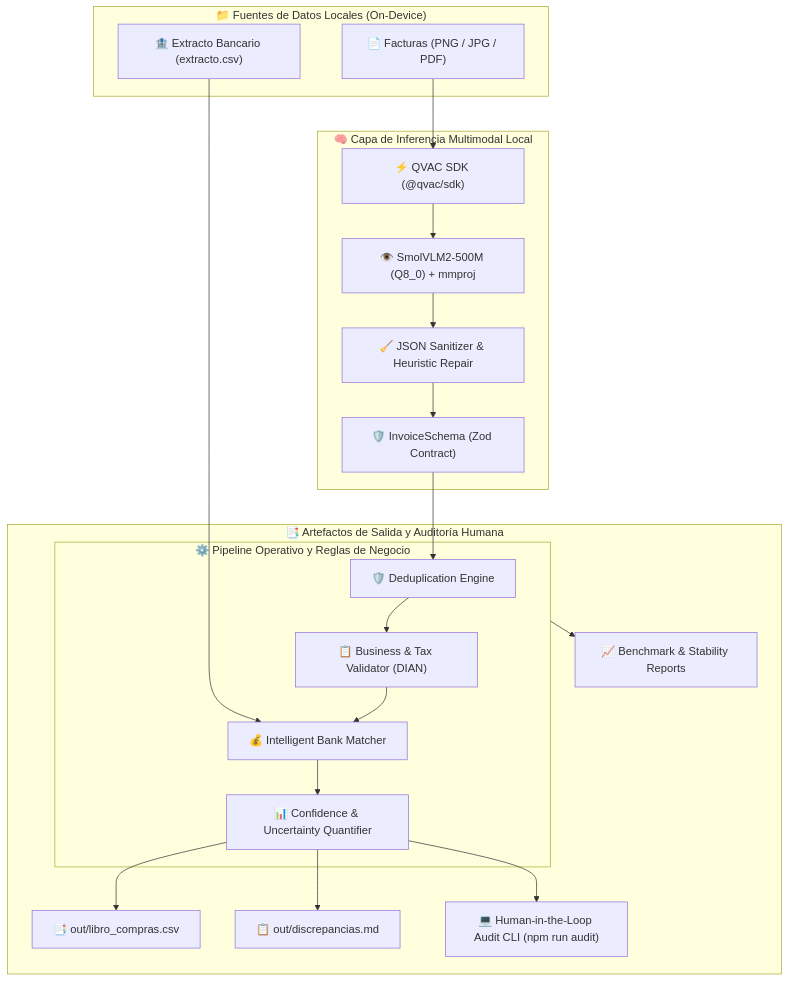
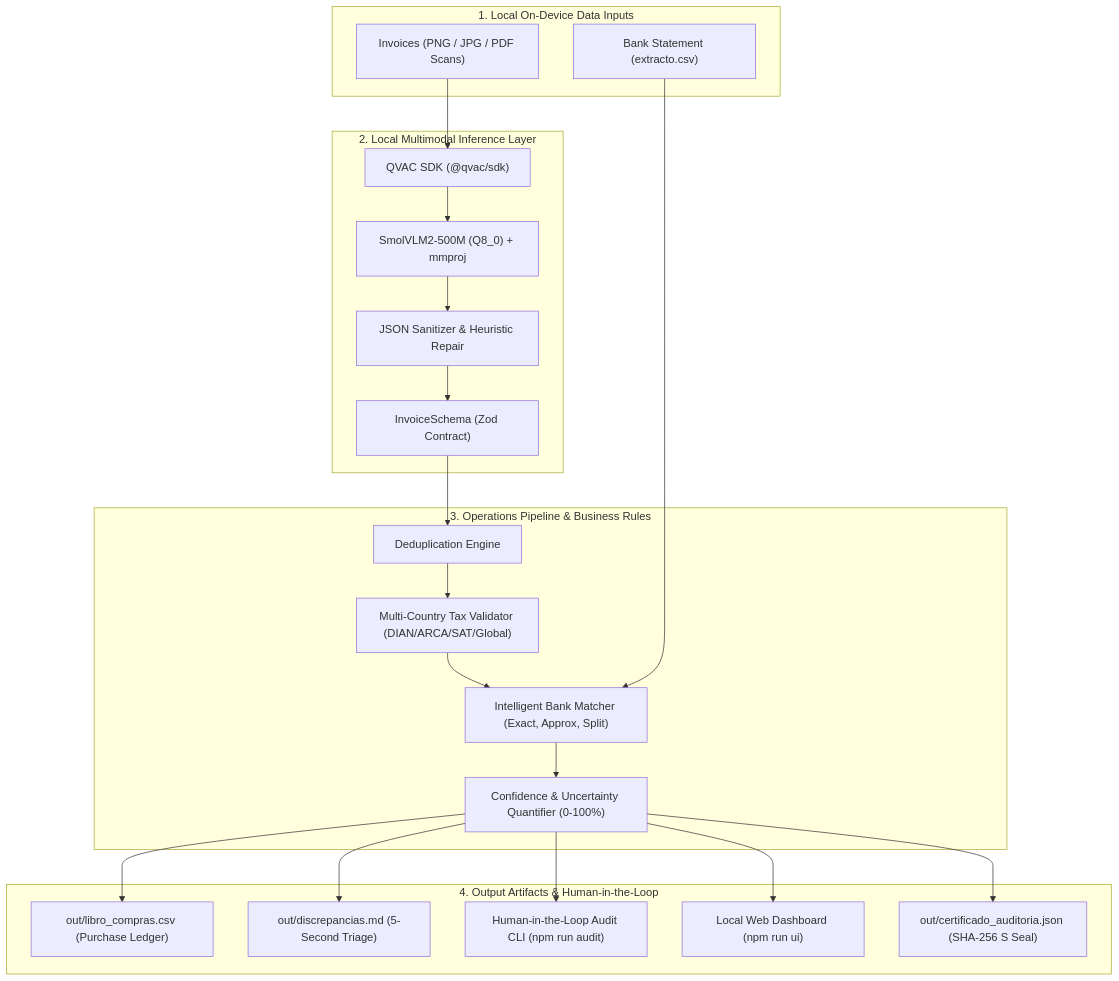
One commit to andreMD287/Tally changed the diagram in docs/architecture.md. Above: the diagram before and after it, drawn with Mermaid. The commit also changed other lines of this file and 24 other files, not shown here.

Commit message:
docs & core: english translation, anti-slop audit, ui column fix, multi-jurisdiction confidence, and extended test suite

````diff
--- a/docs/architecture.md
+++ b/docs/architecture.md
@@ -10,44 +10,46 @@
 ```mermaid
 flowchart TD
-    subgraph Inputs["📁 Fuentes de Datos Locales (On-Device)"]
-        F["📄 Facturas (PNG / JPG / PDF)"]
-        E["🏦 Extracto Bancario (extracto.csv)"]
+    subgraph Inputs["1. Local On-Device Data Inputs"]
+        F["Invoices (PNG / JPG / PDF Scans)"]
+        E["Bank Statement (extracto.csv)"]
     end
 
-    subgraph ExtractionLayer["🧠 Capa de Inferencia Multimodal Local"]
-        QVAC["⚡ QVAC SDK (@qvac/sdk)"]
-        VLM["👁️ SmolVLM2-500M (Q8_0) + mmproj"]
-        Sanitizer["🧹 JSON Sanitizer & Heuristic Repair"]
-        ZodSchema["🛡️ InvoiceSchema (Zod Contract)"]
+    subgraph ExtractionLayer["2. Local Multimodal Inference Layer"]
+        QVAC["QVAC SDK (@qvac/sdk)"]
+        VLM["SmolVLM2-500M (Q8_0) + mmproj"]
+        Sanitizer["JSON Sanitizer & Heuristic Repair"]
+        ZodSchema["InvoiceSchema (Zod Contract)"]
         
         F --> QVAC
         QVAC --> VLM
         VLM --> Sanitizer
         Sanitizer --> ZodSchema
     end
 
-    subgraph OperationsPipeline["⚙️ Pipeline Operativo y Reglas de Negocio"]
-        Dedupe["🛡️ Deduplication Engine"]
-        Validate["📋 Business & Tax Validator (DIAN)"]
-        Match["💰 Intelligent Bank Matcher"]
-        Confidence["📊 Confidence & Uncertainty Quantifier"]
+    subgraph OperationsPipeline["3. Operations Pipeline & Business Rules"]
+        Dedupe["Deduplication Engine"]
+        Validate["Multi-Country Tax Validator (DIAN/ARCA/SAT/Global)"]
+        Match["Intelligent Bank Matcher (Exact, Approx, Split)"]
+        Confidence["Confidence & Uncertainty Quantifier (0-100%)"]
 
         ZodSchema --> Dedupe
         Dedupe --> Validate
         Validate --> Match
         E --> Match
         Match --> Confidence
     end
 
-    subgraph OutputLayer["📑 Artefactos de Salida y Auditoría Humana"]
-        CSV["📑 out/libro_compras.csv"]
-        MD["📋 out/discrepancias.md"]
-        TUI["💻 Human-in-the-Loop Audit CLI (npm run audit)"]
-        Bench["📈 Benchmark & Stability Reports"]
+    subgraph OutputLayer["4. Output Artifacts & Human-in-the-Loop"]
+        CSV["out/libro_compras.csv (Purchase Ledger)"]
+        MD["out/discrepancias.md (5-Second Triage)"]
+        TUI["Human-in-the-Loop Audit CLI (npm run audit)"]
+        UI["Local Web Dashboard (npm run ui)"]
+        Cert["out/certificado_auditoria.json (SHA-256 S Seal)"]
 
         Confidence --> CSV
         Confidence --> MD
         Confidence --> TUI
-        OperationsPipeline --> Bench
+        Confidence --> UI
+        Confidence --> Cert
     end
 ```
````
